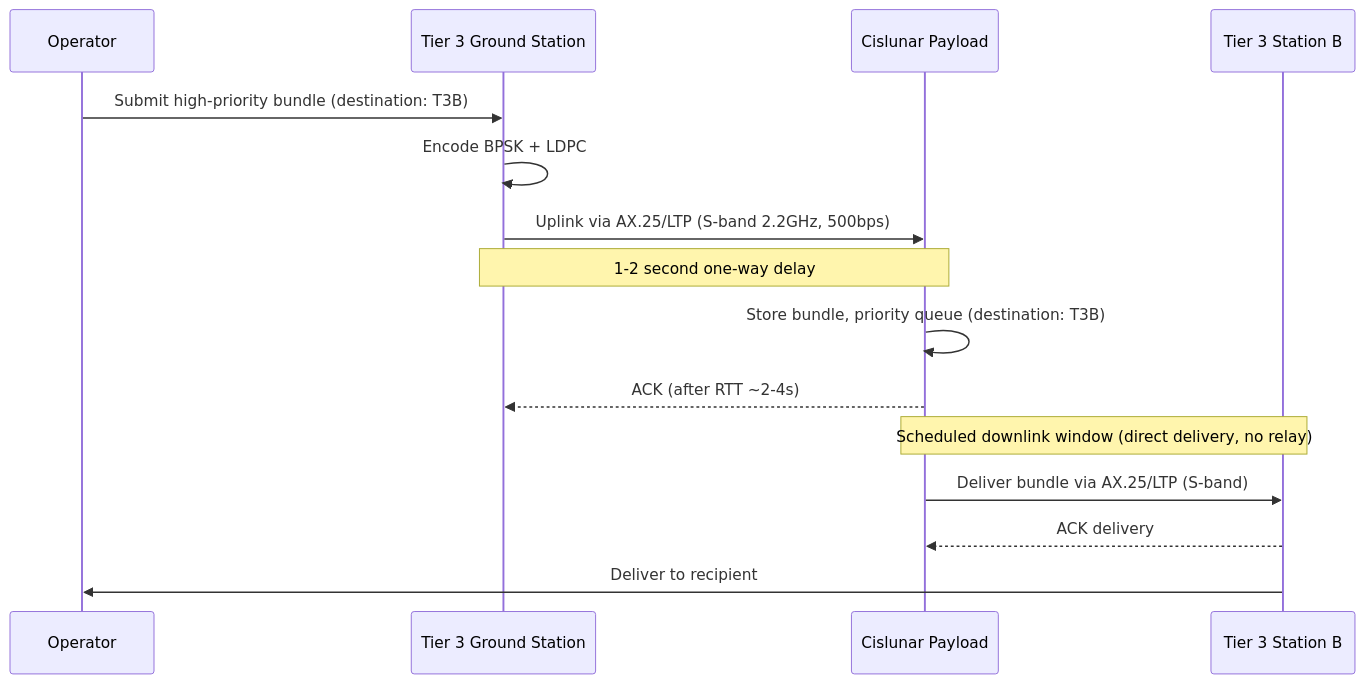
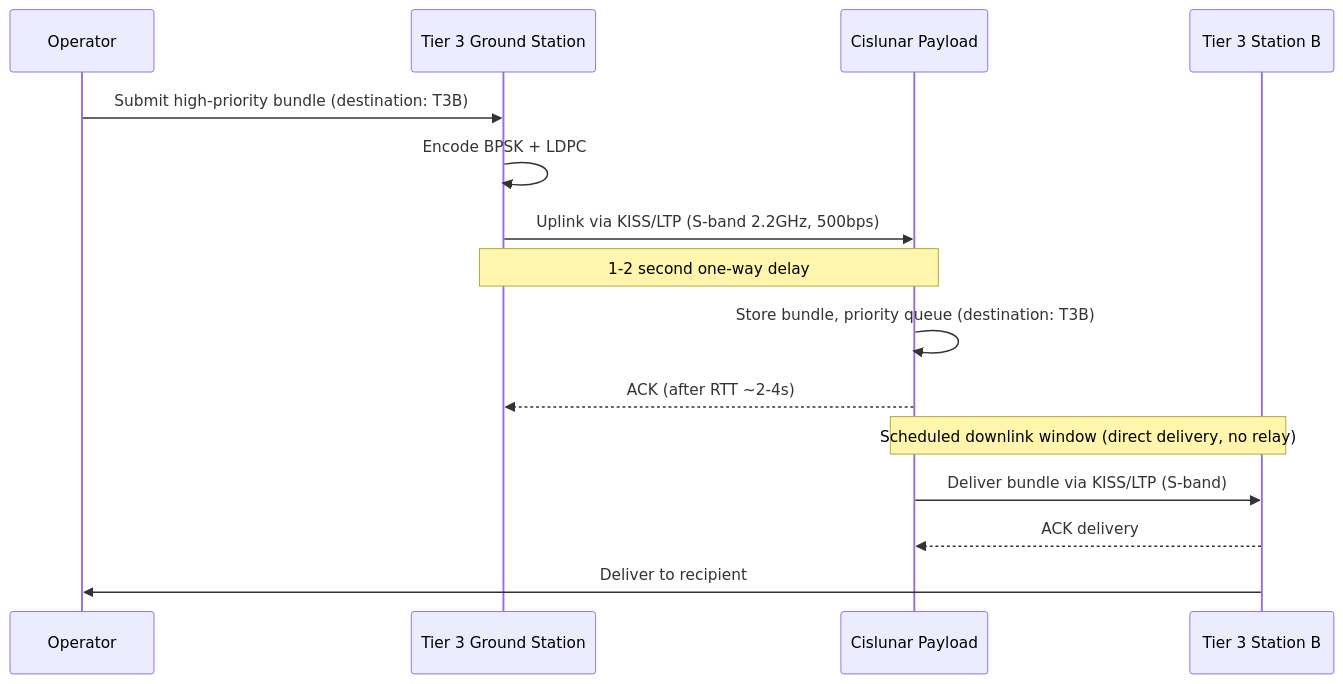
The fourth of 5 diagrams in docs/cislunar-amateur-dtn-payload/design.md (g4dpz/cislunar_proposal), drawn with Mermaid before and after one commit. The commit also changed other lines of this file and 17 other files, not shown here.

Commit message:
Replace AX.25 with LTP-over-KISS and dtn:// EIDs across all specs, add cislunar redirect conf

````diff
--- a/docs/cislunar-amateur-dtn-payload/design.md
+++ b/docs/cislunar-amateur-dtn-payload/design.md
@@ -113,20 +113,20 @@
 ```mermaid
 sequenceDiagram
     participant Op as Operator
     participant T3 as Tier 3 Ground Station
     participant CIS as Cislunar Payload
     participant T3B as Tier 3 Station B
 
     Op->>T3: Submit high-priority bundle (destination: T3B)
     T3->>T3: Encode BPSK + LDPC
-    T3->>CIS: Uplink via AX.25/LTP (S-band 2.2GHz, 500bps)
+    T3->>CIS: Uplink via KISS/LTP (S-band 2.2GHz, 500bps)
 
     Note over T3,CIS: 1-2 second one-way delay
     CIS->>CIS: Store bundle, priority queue (destination: T3B)
     CIS-->>T3: ACK (after RTT ~2-4s)
 
     Note over CIS,T3B: Scheduled downlink window (direct delivery, no relay)
-    CIS->>T3B: Deliver bundle via AX.25/LTP (S-band)
+    CIS->>T3B: Deliver bundle via KISS/LTP (S-band)
     T3B-->>CIS: ACK delivery
     T3B->>Op: Deliver to recipient
 ```
````
